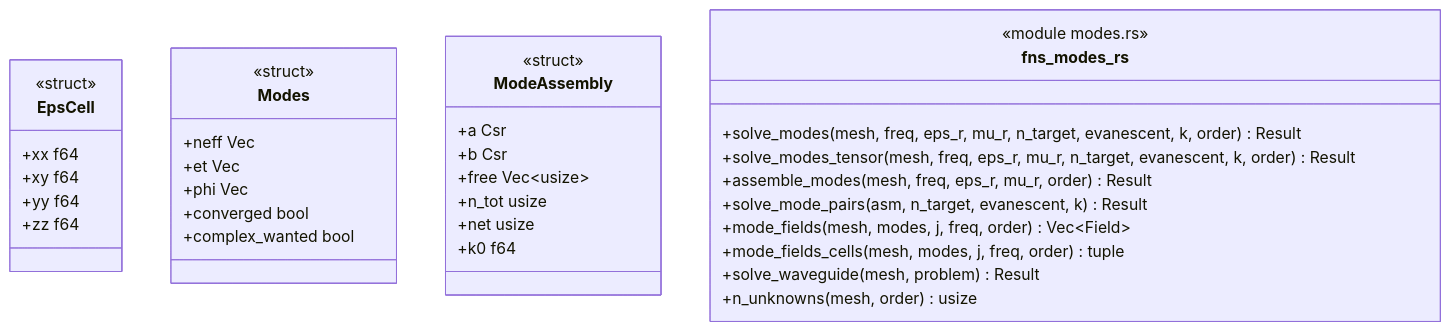
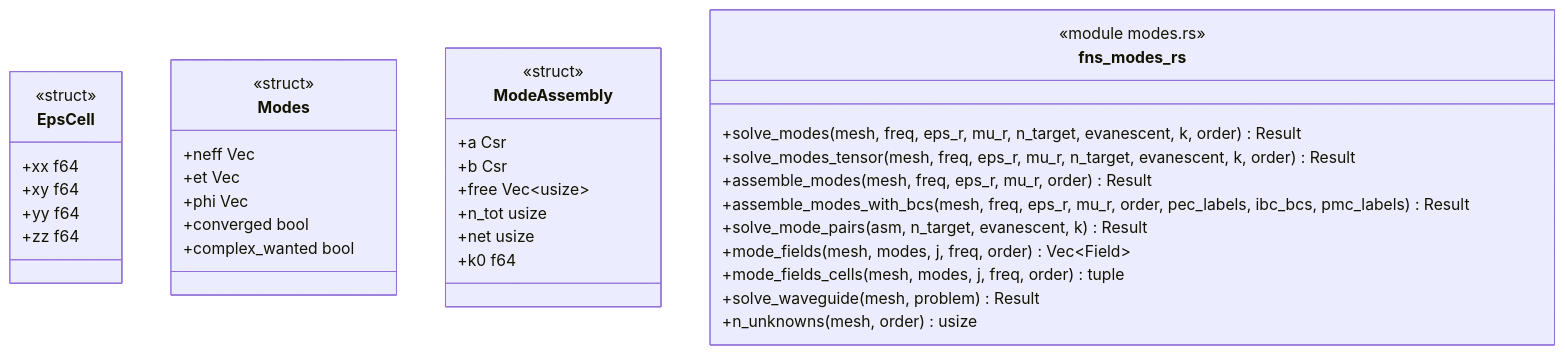
One commit to p-j-r/nyx changed the diagram in docs/architecture/c4/4-code/ems/modes.md. Above: the diagram before and after it, drawn with Mermaid. The commit also changed other lines of this file and 208 other files, not shown here.

````diff
--- a/docs/architecture/c4/4-code/ems/modes.md
+++ b/docs/architecture/c4/4-code/ems/modes.md
@@ -40,38 +43,39 @@
 ```mermaid
 classDiagram
   class EpsCell {
       <<struct>>
       +xx f64
       +xy f64
       +yy f64
       +zz f64
   }
   class Modes {
       <<struct>>
       +neff Vec
       +et Vec
       +phi Vec
       +converged bool
       +complex_wanted bool
   }
   class ModeAssembly {
       <<struct>>
       +a Csr
       +b Csr
       +free Vec~usize~
       +n_tot usize
       +net usize
       +k0 f64
   }
   class fns_modes_rs {
       <<module modes.rs>>
       +solve_modes(mesh, freq, eps_r, mu_r, n_target, evanescent, k, order) Result
       +solve_modes_tensor(mesh, freq, eps_r, mu_r, n_target, evanescent, k, order) Result
       +assemble_modes(mesh, freq, eps_r, mu_r, order) Result
+      +assemble_modes_with_bcs(mesh, freq, eps_r, mu_r, order, pec_labels, ibc_bcs, pmc_labels) Result
       +solve_mode_pairs(asm, n_target, evanescent, k) Result
       +mode_fields(mesh, modes, j, freq, order) Vec~Field~
       +mode_fields_cells(mesh, modes, j, freq, order) tuple
       +solve_waveguide(mesh, problem) Result
       +n_unknowns(mesh, order) usize
   }
 ```
````
